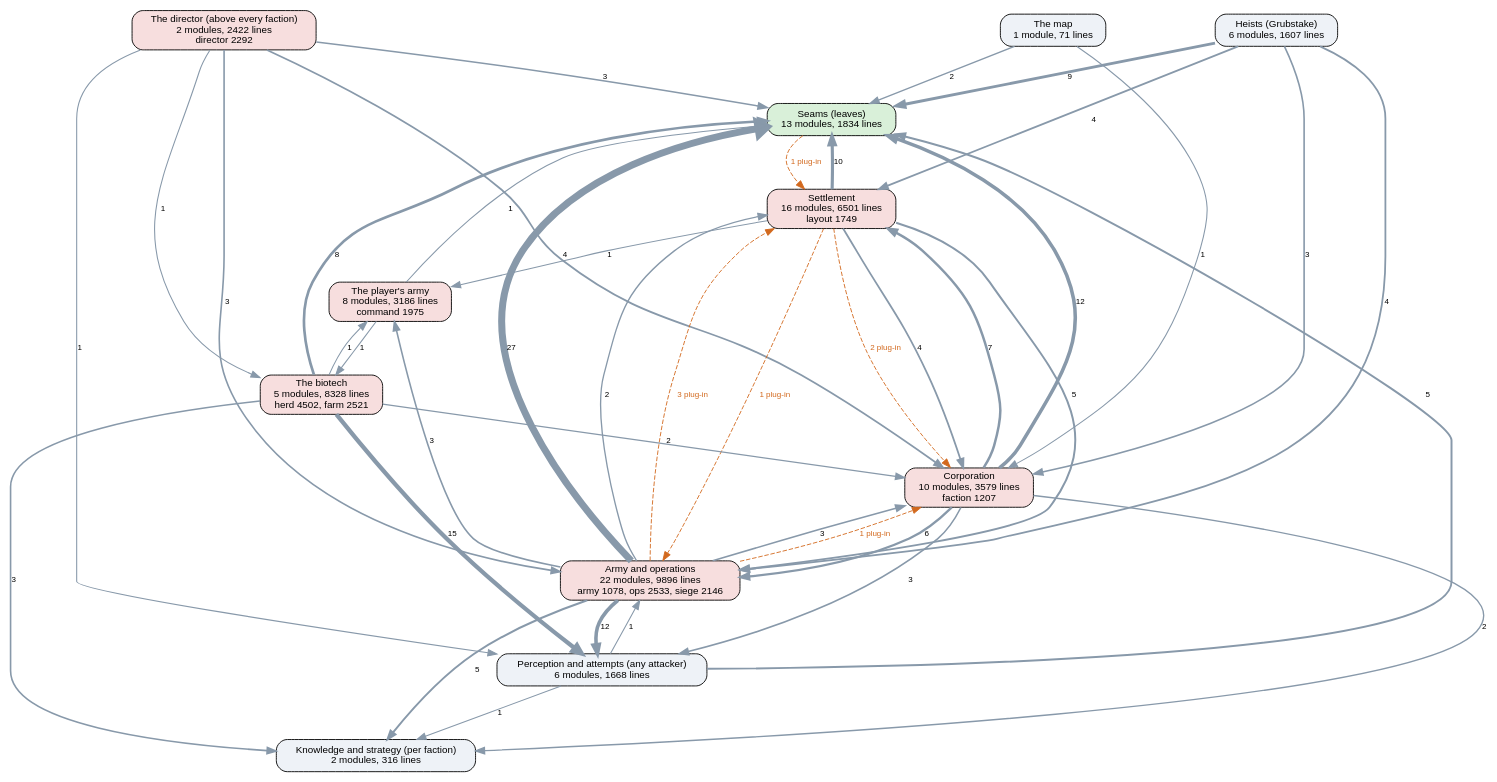
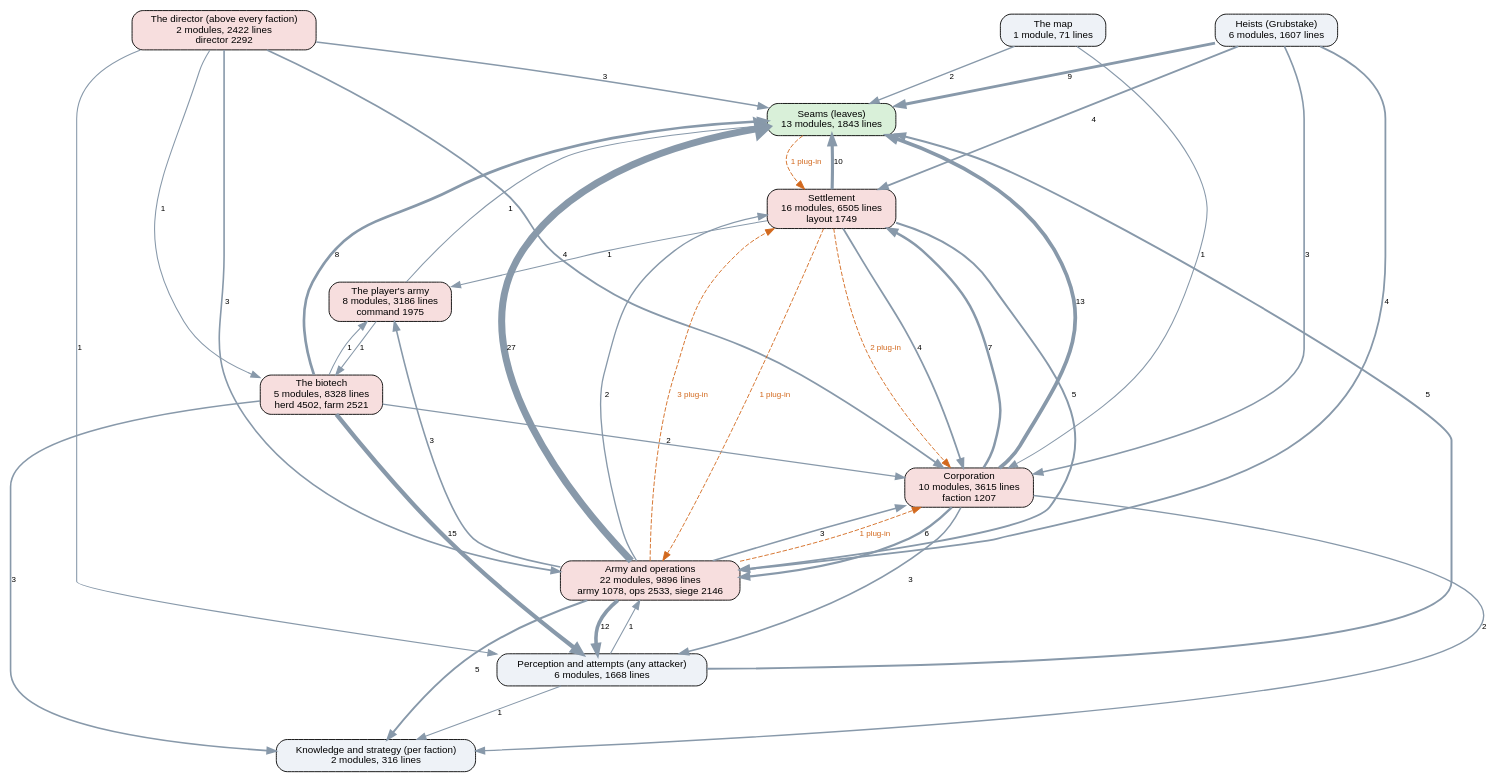
One commit to kinelhu/landing-party changed the diagram in docs/ai-layers.dot. Above: the diagram before and after it, drawn with Graphviz. The commit also changed 38 other files, not shown here.

```diff
--- a/docs/ai-layers.dot
+++ b/docs/ai-layers.dot
@@ -1,57 +1,57 @@
 digraph layers {
   graph [rankdir=TB, fontname="Helvetica", nodesep=0.5, ranksep=0.7];
   node [shape=box, style="rounded,filled", fontname="Helvetica", fontsize=11, fillcolor="#eef2f7"];
   edge [color="#8899aa", fontname="Helvetica", fontsize=9];
-  "Seams (leaves)" [label="Seams (leaves)\n13 modules, 1834 lines", fillcolor="#d9f0d9"];
+  "Seams (leaves)" [label="Seams (leaves)\n13 modules, 1843 lines", fillcolor="#d9f0d9"];
   "Perception and attempts (any attacker)" [label="Perception and attempts (any attacker)\n6 modules, 1668 lines", fillcolor="#eef2f7"];
   "Knowledge and strategy (per faction)" [label="Knowledge and strategy (per faction)\n2 modules, 316 lines", fillcolor="#eef2f7"];
   "The director (above every faction)" [label="The director (above every faction)\n2 modules, 2422 lines\ndirector 2292", fillcolor="#f7dede"];
-  "Corporation" [label="Corporation\n10 modules, 3579 lines\nfaction 1207", fillcolor="#f7dede"];
-  "Settlement" [label="Settlement\n16 modules, 6501 lines\nlayout 1749", fillcolor="#f7dede"];
+  "Corporation" [label="Corporation\n10 modules, 3615 lines\nfaction 1207", fillcolor="#f7dede"];
+  "Settlement" [label="Settlement\n16 modules, 6505 lines\nlayout 1749", fillcolor="#f7dede"];
   "Army and operations" [label="Army and operations\n22 modules, 9896 lines\narmy 1078, ops 2533, siege 2146", fillcolor="#f7dede"];
   "Heists (Grubstake)" [label="Heists (Grubstake)\n6 modules, 1607 lines", fillcolor="#eef2f7"];
   "The biotech" [label="The biotech\n5 modules, 8328 lines\nherd 4502, farm 2521", fillcolor="#f7dede"];
   "The map" [label="The map\n1 module, 71 lines", fillcolor="#eef2f7"];
   "The player's army" [label="The player's army\n8 modules, 3186 lines\ncommand 1975", fillcolor="#f7dede"];
   "Army and operations" -> "Corporation" [label="3", penwidth=1.8];
   "Army and operations" -> "Knowledge and strategy (per faction)" [label="5", penwidth=2.2];
   "Army and operations" -> "Perception and attempts (any attacker)" [label="12", penwidth=4.0];
   "Army and operations" -> "Seams (leaves)" [label="27", penwidth=7.8];
   "Army and operations" -> "Settlement" [label="2", penwidth=1.5];
   "Army and operations" -> "The player's army" [label="3", penwidth=1.8];
   "Corporation" -> "Army and operations" [label="6", penwidth=2.5];
   "Corporation" -> "Knowledge and strategy (per faction)" [label="2", penwidth=1.5];
   "Corporation" -> "Perception and attempts (any attacker)" [label="3", penwidth=1.8];
-  "Corporation" -> "Seams (leaves)" [label="12", penwidth=4.0];
+  "Corporation" -> "Seams (leaves)" [label="13", penwidth=4.2];
   "Corporation" -> "Settlement" [label="7", penwidth=2.8];
   "Heists (Grubstake)" -> "Army and operations" [label="4", penwidth=2.0];
   "Heists (Grubstake)" -> "Corporation" [label="3", penwidth=1.8];
   "Heists (Grubstake)" -> "Seams (leaves)" [label="9", penwidth=3.2];
   "Heists (Grubstake)" -> "Settlement" [label="4", penwidth=2.0];
   "Perception and attempts (any attacker)" -> "Army and operations" [label="1", penwidth=1.2];
   "Perception and attempts (any attacker)" -> "Knowledge and strategy (per faction)" [label="1", penwidth=1.2];
   "Perception and attempts (any attacker)" -> "Seams (leaves)" [label="5", penwidth=2.2];
   "Settlement" -> "Army and operations" [label="5", penwidth=2.2];
   "Settlement" -> "Corporation" [label="4", penwidth=2.0];
   "Settlement" -> "Seams (leaves)" [label="10", penwidth=3.5];
   "Settlement" -> "The player's army" [label="1", penwidth=1.2];
   "The biotech" -> "Corporation" [label="2", penwidth=1.5];
   "The biotech" -> "Knowledge and strategy (per faction)" [label="3", penwidth=1.8];
   "The biotech" -> "Perception and attempts (any attacker)" [label="15", penwidth=4.8];
   "The biotech" -> "Seams (leaves)" [label="8", penwidth=3.0];
   "The biotech" -> "The player's army" [label="1", penwidth=1.2];
   "The director (above every faction)" -> "Army and operations" [label="3", penwidth=1.8];
   "The director (above every faction)" -> "Corporation" [label="4", penwidth=2.0];
   "The director (above every faction)" -> "Perception and attempts (any attacker)" [label="1", penwidth=1.2];
   "The director (above every faction)" -> "Seams (leaves)" [label="3", penwidth=1.8];
   "The director (above every faction)" -> "The biotech" [label="1", penwidth=1.2];
   "The map" -> "Corporation" [label="1", penwidth=1.2];
   "The map" -> "Seams (leaves)" [label="2", penwidth=1.5];
   "The player's army" -> "Seams (leaves)" [label="1", penwidth=1.2];
   "The player's army" -> "The biotech" [label="1", penwidth=1.2];
   "Army and operations" -> "Corporation" [style=dashed, color="#d2691e", fontcolor="#d2691e", label="1 plug-in"];
   "Army and operations" -> "Settlement" [style=dashed, color="#d2691e", fontcolor="#d2691e", label="3 plug-in"];
   "Seams (leaves)" -> "Settlement" [style=dashed, color="#d2691e", fontcolor="#d2691e", label="1 plug-in"];
   "Settlement" -> "Army and operations" [style=dashed, color="#d2691e", fontcolor="#d2691e", label="1 plug-in"];
   "Settlement" -> "Corporation" [style=dashed, color="#d2691e", fontcolor="#d2691e", label="2 plug-in"];
 }
```
